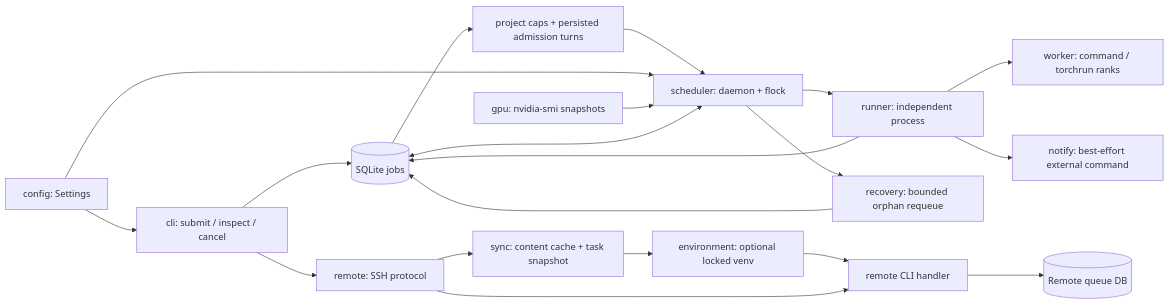
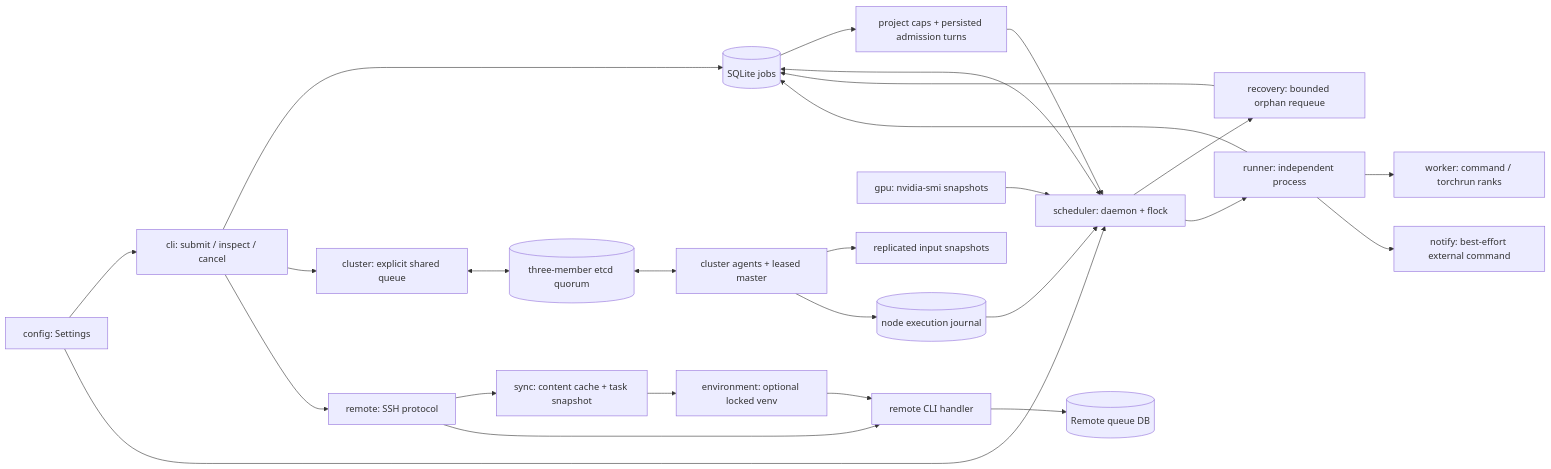
Before and after one commit to lzy248/gpuq: the diagram in docs/README.md, drawn with Mermaid. The commit also changed other lines of this file and 41 other files, not shown here.

Commit message:
feat: release v0.3.0 with shared GPU pool and failover

````diff
--- a/docs/README.md
+++ b/docs/README.md
@@ -20,22 +20,28 @@
 ```mermaid
 flowchart LR
   CLI[cli: submit / inspect / cancel] --> DB[(SQLite jobs)]
+  CLI --> Pool[cluster: explicit shared queue]
+  Pool <--> Etcd[(three-member etcd quorum)]
+  Etcd <--> Agent[cluster agents + leased master]
+  Agent --> Inputs[replicated input snapshots]
+  Agent --> LocalJournal[(node execution journal)]
+  LocalJournal --> Scheduler
   CLI --> SSH[remote: SSH protocol]
   SSH --> Sync[sync: content cache + task snapshot]
   Sync --> Env[environment: optional locked venv]
   Env --> RemoteCLI[remote CLI handler]
   SSH --> RemoteCLI
   RemoteCLI --> RemoteDB[(Remote queue DB)]
   DB --> Fair[project caps + persisted admission turns]
   Fair --> Scheduler
   Config[config: Settings] --> CLI
   Config --> Scheduler[scheduler: daemon + flock]
   GPU[gpu: nvidia-smi snapshots] --> Scheduler
   DB <--> Scheduler
   Scheduler --> Recovery[recovery: bounded orphan requeue]
   Recovery --> DB
   Scheduler --> Runner[runner: independent process]
   Runner --> Worker[worker: command / torchrun ranks]
   Runner --> DB
   Runner --> Notify[notify: best-effort external command]
 ```
````
